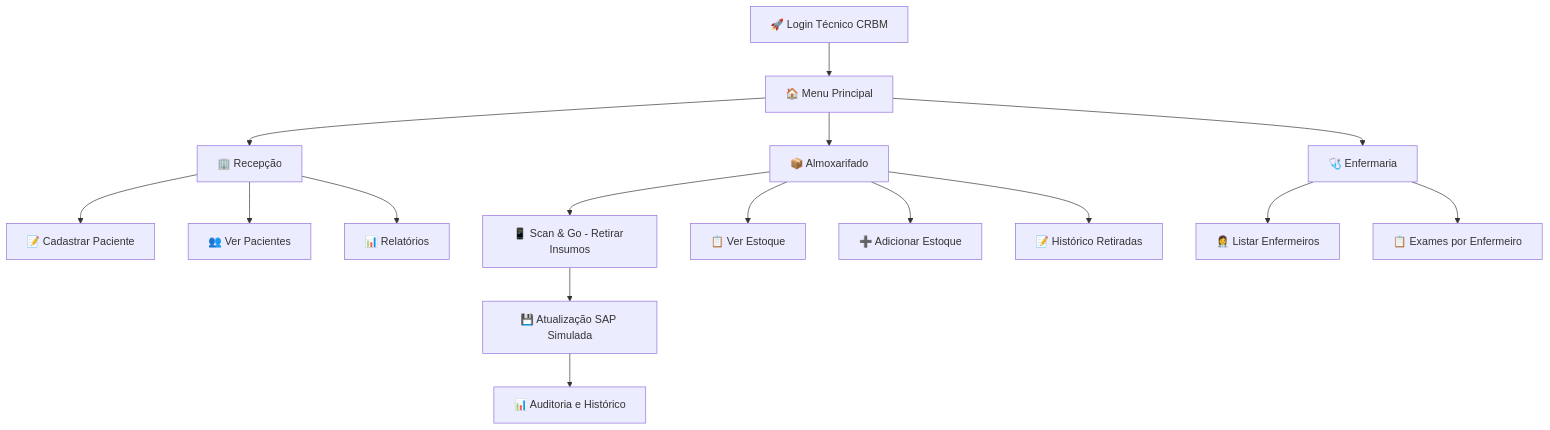
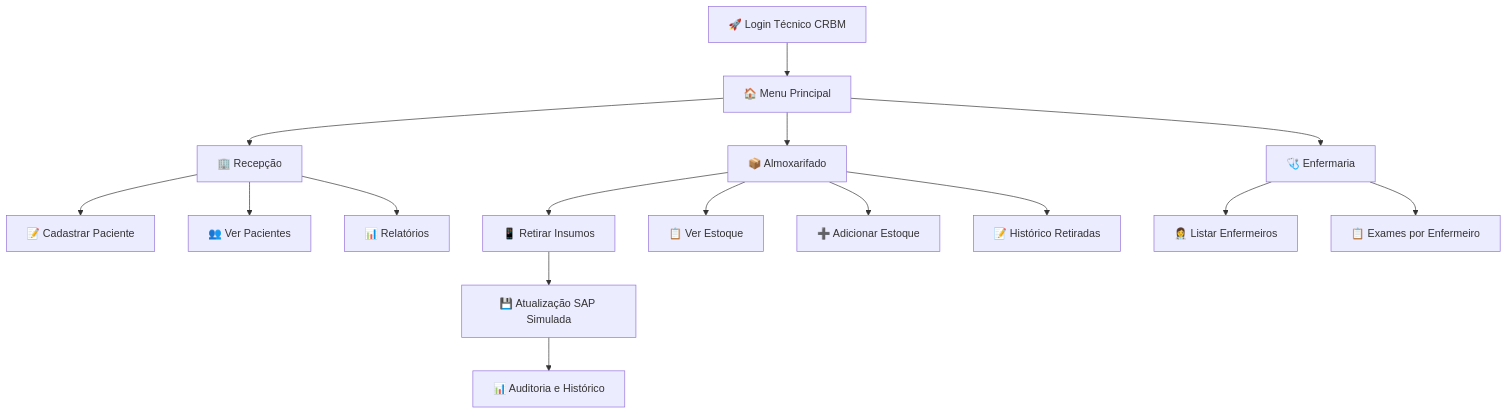
One commit to renan-utida/ChallengeDasaJava changed the diagram in README.md. Above: the diagram before and after it, drawn with Mermaid.

````diff
--- a/README.md
+++ b/README.md
@@ -251,22 +251,22 @@
 ```mermaid
 graph TD
     A[🚀 Login Técnico CRBM] --> B[🏠 Menu Principal]
     B --> C[🏢 Recepção]
     B --> D[📦 Almoxarifado]  
     B --> E[🩺 Enfermaria]
     
     C --> C1[📝 Cadastrar Paciente]
     C --> C2[👥 Ver Pacientes]
     C --> C3[📊 Relatórios]
     
-    D --> D1[📱 Scan & Go - Retirar Insumos]
+    D --> D1[📱 Retirar Insumos]
     D --> D2[📋 Ver Estoque]
     D --> D3[➕ Adicionar Estoque]
     D --> D4[📝 Histórico Retiradas]
     
     E --> E1[👩‍⚕️ Listar Enfermeiros]
     E --> E2[📋 Exames por Enfermeiro]
     
     D1 --> F[💾 Atualização SAP Simulada]
     F --> G[📊 Auditoria e Histórico]
 ```
````
